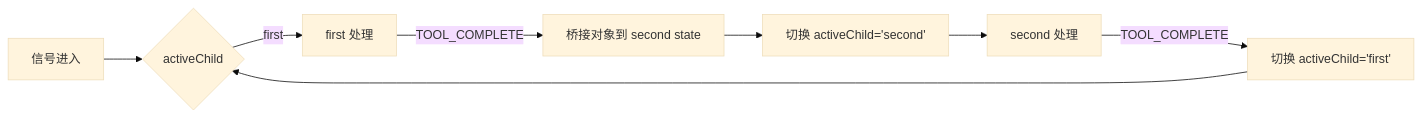
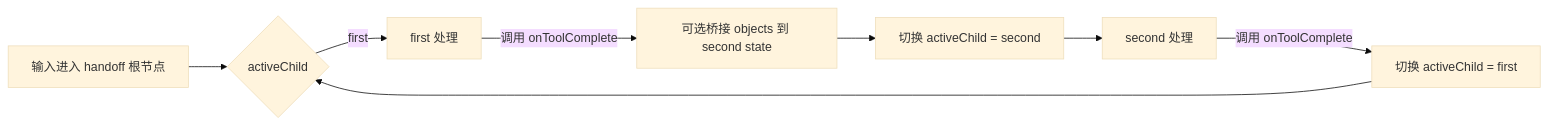
Before and after one commit to Frank-Steven/HoundWhiteboard: the second of 2 diagrams in src/core/prefixs/docs/prefix-document.md, drawn with Mermaid (base theme). The commit also changed other lines of this file and 40 other files, not shown here.

````diff
--- a/src/core/prefixs/docs/prefix-document.md
+++ b/src/core/prefixs/docs/prefix-document.md
@@ -181,10 +151,10 @@
 ```mermaid
 flowchart LR
-    A[信号进入] --> B{activeChild}
-    B -->|"first"| C[first 处理]
-    C -->|"TOOL_COMPLETE"| D[桥接对象到 second state]
-    D --> E[切换 activeChild='second']
+    A[输入进入 handoff 根节点] --> B{activeChild}
+    B -->|first| C[first 处理]
+    C -->|调用 onToolComplete| D[可选桥接 objects 到 second state]
+    D --> E[切换 activeChild = second]
     E --> F[second 处理]
-    F -->|"TOOL_COMPLETE"| G[切换 activeChild='first']
+    F -->|调用 onToolComplete| G[切换 activeChild = first]
     G --> B
 ```
````
